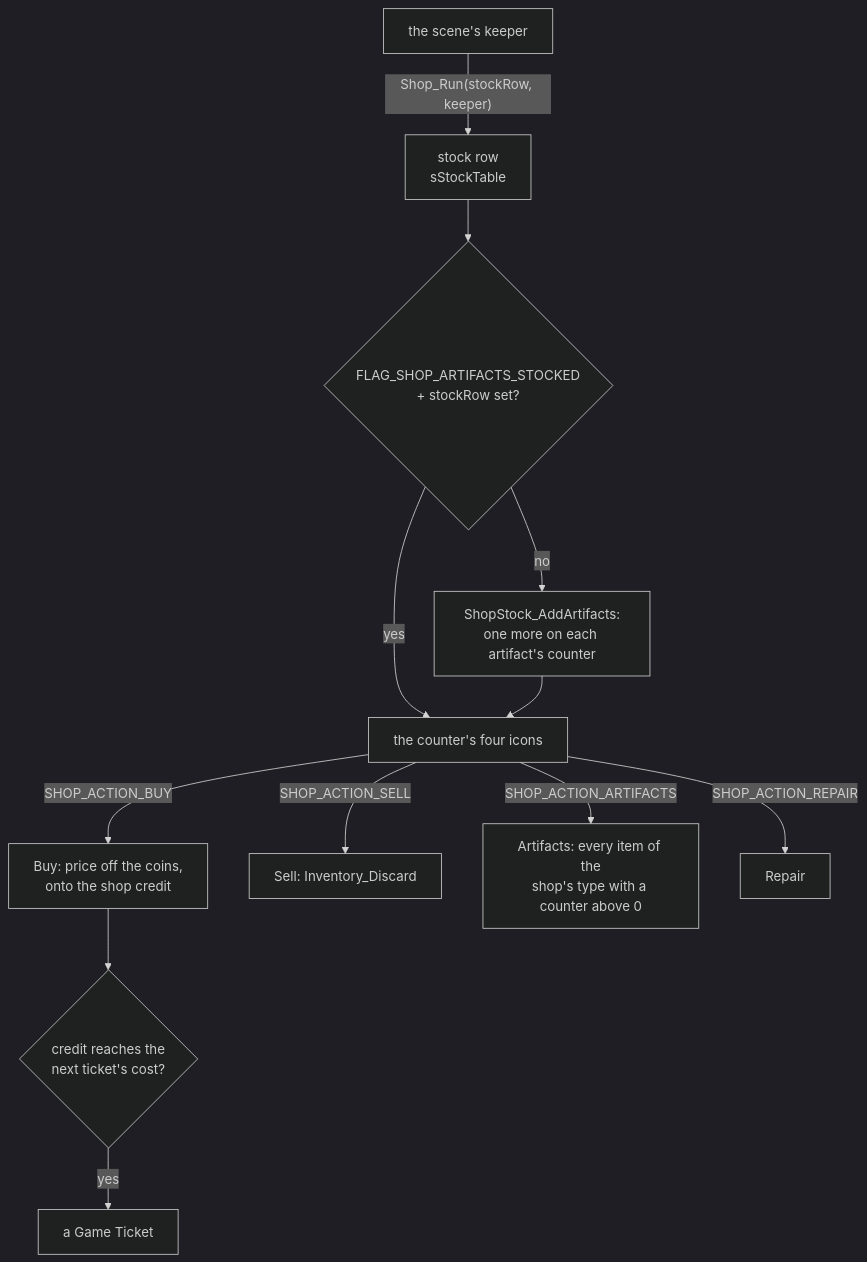
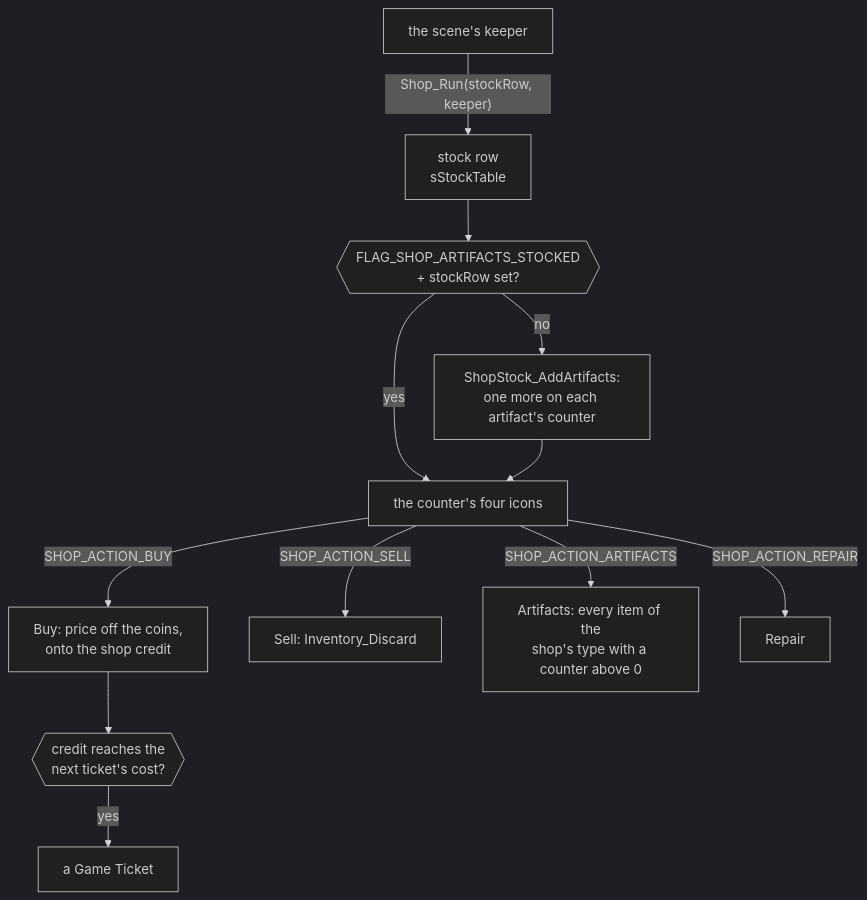
One commit to PascalPixel/alchemy changed the diagram in games/tbs/src/shop/README.md. Above: the diagram before and after it, drawn with Mermaid (dark theme). The commit also changed 17 other files, not shown here.

First line of the commit message:
Docs: diagrams that draw on the site

````diff
--- a/games/tbs/src/shop/README.md
+++ b/games/tbs/src/shop/README.md
@@ -40,14 +40,14 @@
 ```mermaid
 flowchart TD
     scene["the scene's keeper"] -->|"Shop_Run(stockRow, keeper)"| row["stock row<br/>sStockTable"]
-    row --> first{"FLAG_SHOP_ARTIFACTS_STOCKED<br/>+ stockRow set?"}
+    row --> first{{"FLAG_SHOP_ARTIFACTS_STOCKED<br/>+ stockRow set?"}}
     first -->|no| add["ShopStock_AddArtifacts:<br/>one more on each artifact's counter"]
     first -->|yes| counter["the counter's four icons"]
     add --> counter
     counter -->|SHOP_ACTION_BUY| buy["Buy: price off the coins,<br/>onto the shop credit"]
     counter -->|SHOP_ACTION_SELL| sell["Sell: Inventory_Discard"]
     counter -->|SHOP_ACTION_ARTIFACTS| art["Artifacts: every item of the<br/>shop's type with a counter above 0"]
     counter -->|SHOP_ACTION_REPAIR| repair["Repair"]
-    buy --> ticket{"credit reaches the<br/>next ticket's cost?"}
+    buy --> ticket{{"credit reaches the<br/>next ticket's cost?"}}
     ticket -->|yes| gift["a Game Ticket"]
 ```
````
